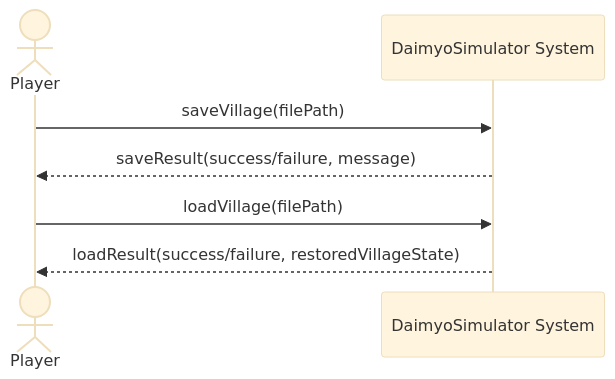
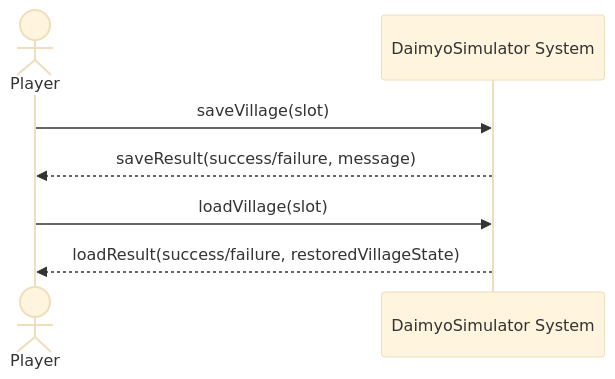
The sixth of 14 diagrams in docs/DesignDocument.md (edope704/DaimyoSimulator), drawn with Mermaid (base theme) before and after one commit. The commit also changed other lines of this file, not shown here.

````diff
--- a/docs/DesignDocument.md
+++ b/docs/DesignDocument.md
@@ -247,10 +177,9 @@
 ```mermaid
 sequenceDiagram
     actor Player
     participant System as DaimyoSimulator System
-
-    Player->>System: saveVillage(filePath)
+    Player->>System: saveVillage(slot)
     System-->>Player: saveResult(success/failure, message)
-    Player->>System: loadVillage(filePath)
+    Player->>System: loadVillage(slot)
     System-->>Player: loadResult(success/failure, restoredVillageState)
 ```
````
